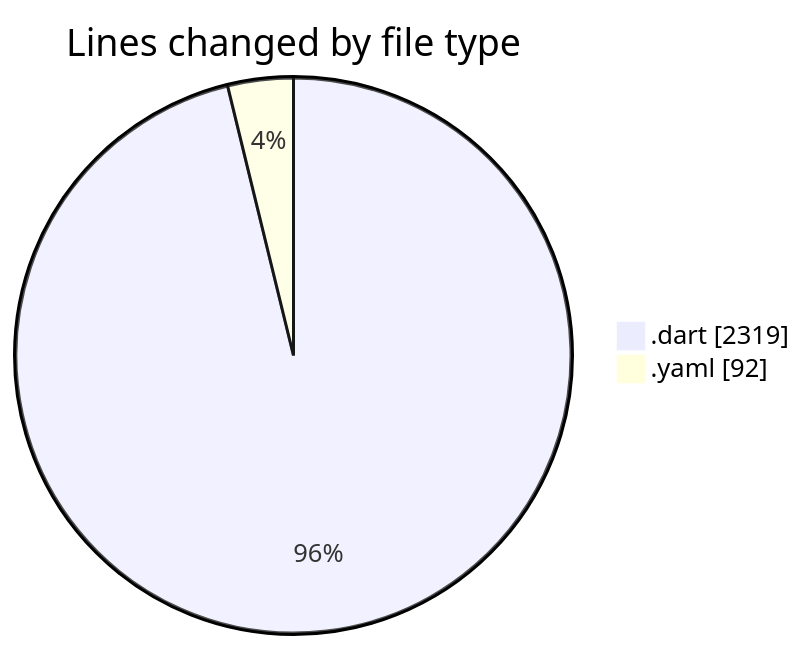
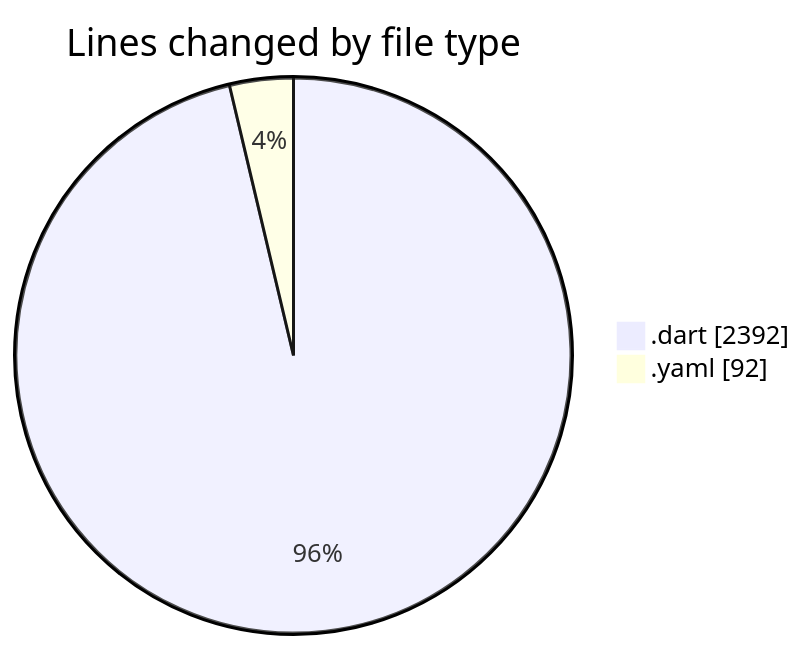
The first of 2 diagrams in 2025-03-27/wordle/README.md (donsfak/code-tracking), drawn with Mermaid before and after one commit. The commit also changed other lines of this file and 1 other file, not shown here.

````diff
--- a/2025-03-27/wordle/README.md
+++ b/2025-03-27/wordle/README.md
@@ -29,6 +29,6 @@
 ```mermaid
 pie showData
 title Lines changed by file type
-".dart" : 2319
+".dart" : 2392
 ".yaml" : 92
 ```
````
